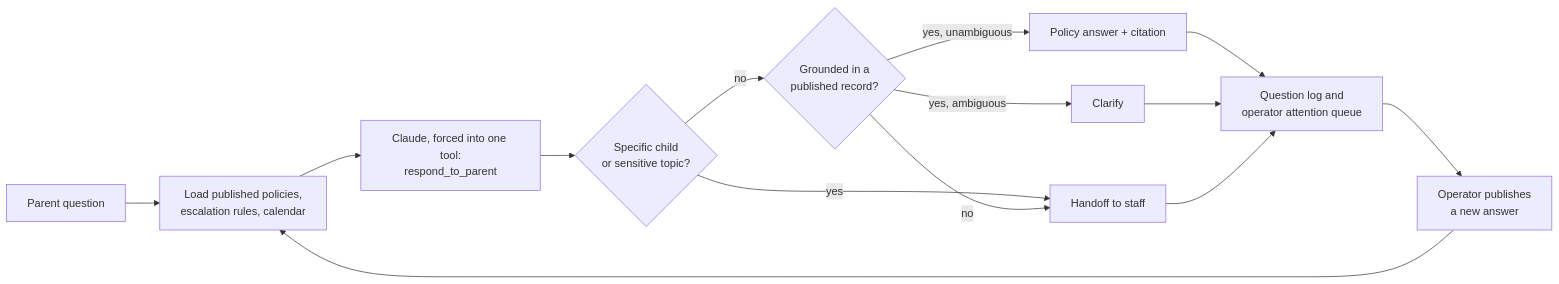
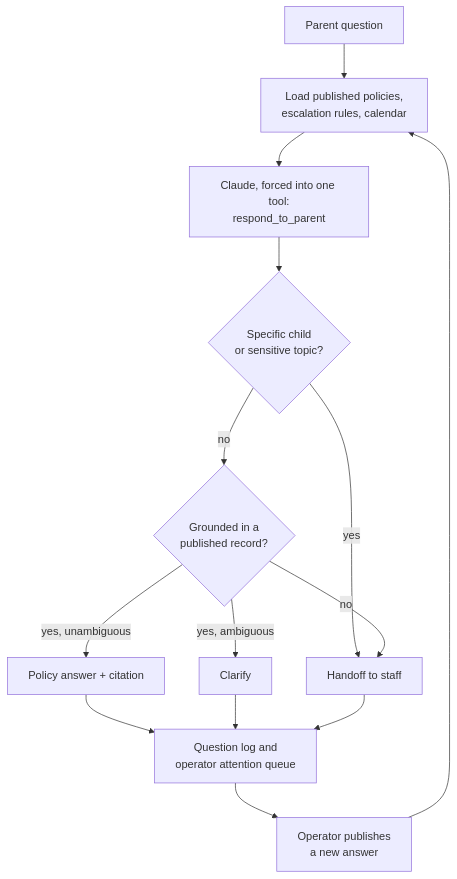
The diagram in agents/school-front-desk/README.md (roy-vinay/applied-ai-agents), drawn with Mermaid before and after one commit.

Commit message:
Front desk diagram: top-down layout

````diff
--- a/agents/school-front-desk/README.md
+++ b/agents/school-front-desk/README.md
@@ -32,14 +32,14 @@
 ```mermaid
-flowchart LR
+flowchart TD
   Q[Parent question] --> G[Load published policies,<br/>escalation rules, calendar]
   G --> M["Claude, forced into one tool:<br/>respond_to_parent"]
   M --> B{Specific child<br/>or sensitive topic?}
   B -- yes --> H[Handoff to staff]
   B -- no --> C{Grounded in a<br/>published record?}
   C -- yes, unambiguous --> P[Policy answer + citation]
   C -- yes, ambiguous --> CL[Clarify]
   C -- no --> H
   P & CL & H --> LOG[Question log and<br/>operator attention queue]
   LOG --> OP[Operator publishes<br/>a new answer]
   OP --> G
 ```
````
